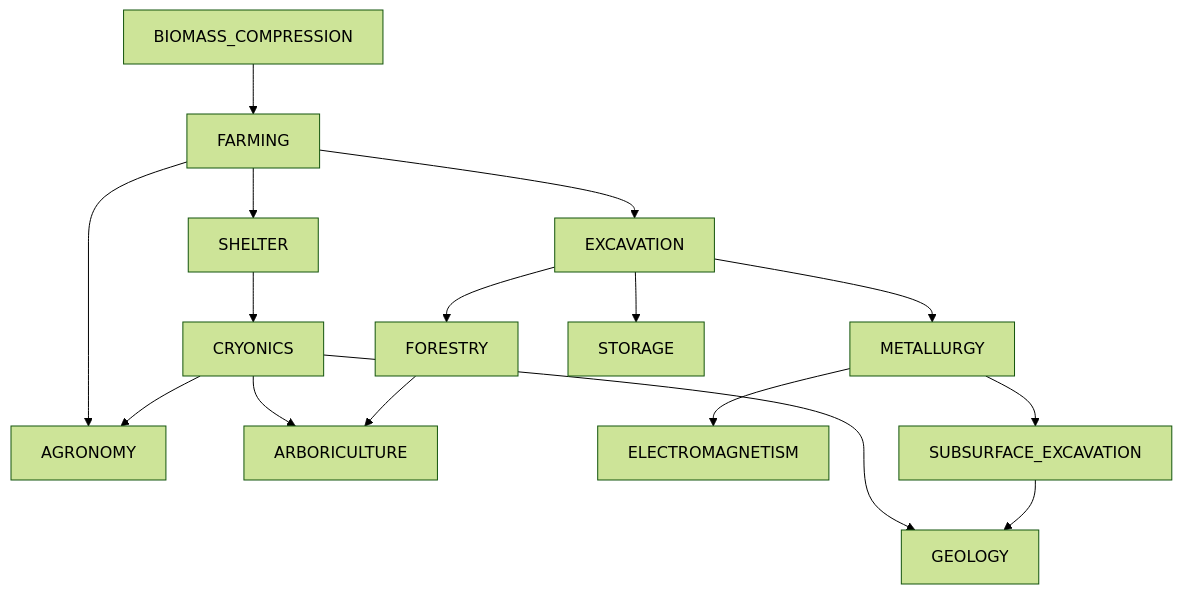
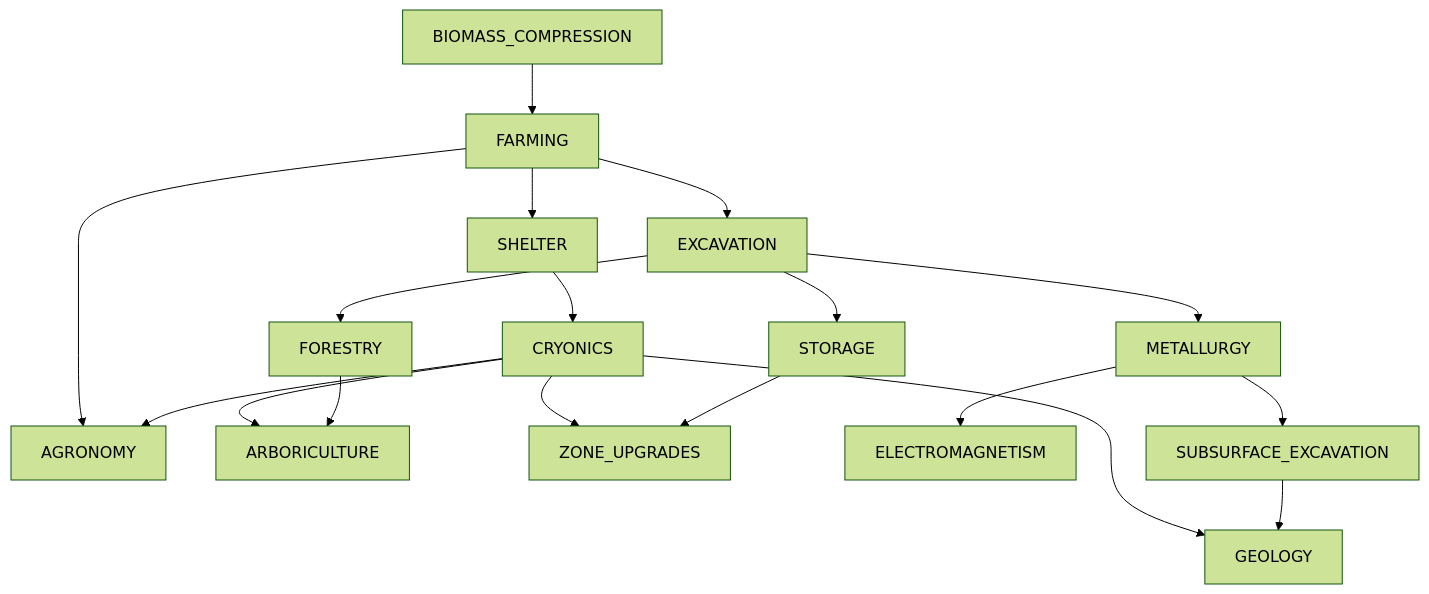
The diagram in docs/TECH_TREE.md (krnsk0/idler), drawn with Mermaid (forest theme) before and after one commit. The commit also changed 6 other files, not shown here.

````diff
--- a/docs/TECH_TREE.md
+++ b/docs/TECH_TREE.md
@@ -6,19 +6,21 @@
 ```mermaid
 flowchart TD;
   BIOMASS_COMPRESSION --> FARMING
   FARMING --> SHELTER
   FARMING --> EXCAVATION
   FARMING --> AGRONOMY
   SHELTER --> CRYONICS
   CRYONICS --> AGRONOMY
   CRYONICS --> ARBORICULTURE
   CRYONICS --> GEOLOGY
+  CRYONICS --> ZONE_UPGRADES
   FORESTRY --> ARBORICULTURE
+  STORAGE --> ZONE_UPGRADES
   EXCAVATION --> METALLURGY
   EXCAVATION --> STORAGE
   EXCAVATION --> FORESTRY
   METALLURGY --> ELECTROMAGNETISM
   METALLURGY --> SUBSURFACE_EXCAVATION
   SUBSURFACE_EXCAVATION --> GEOLOGY
 
 ```
````
